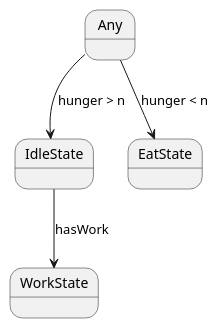
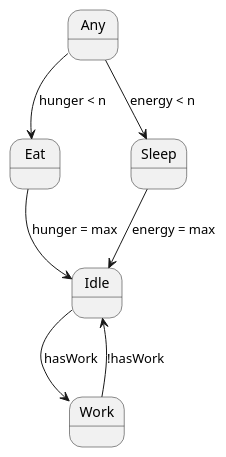
Before and after one commit to minusrep/Pivo-UML: the diagram in Colony/Citizens/CitizenStateMachine.puml, drawn with PlantUML. The commit also changed 1 other file, not shown here.

```diff
--- a/Colony/Citizens/CitizenStateMachine.puml
+++ b/Colony/Citizens/CitizenStateMachine.puml
@@ -1,12 +1,18 @@
 @startuml
 
 state Any
-state IdleState
-state EatState
-state WorkState
+state Idle
+state Eat
+state Work
+state Sleep
 
-Any --> EatState : hunger < n
-Any --> IdleState : hunger > n
-IdleState --> WorkState: hasWork
+Any --> Eat : hunger < n
+Any --> Sleep : energy < n
+
+Eat --> Idle : hunger = max
+Sleep --> Idle : energy = max
+
+Work --> Idle : !hasWork
+Idle --> Work : hasWork
 
 @enduml
```
